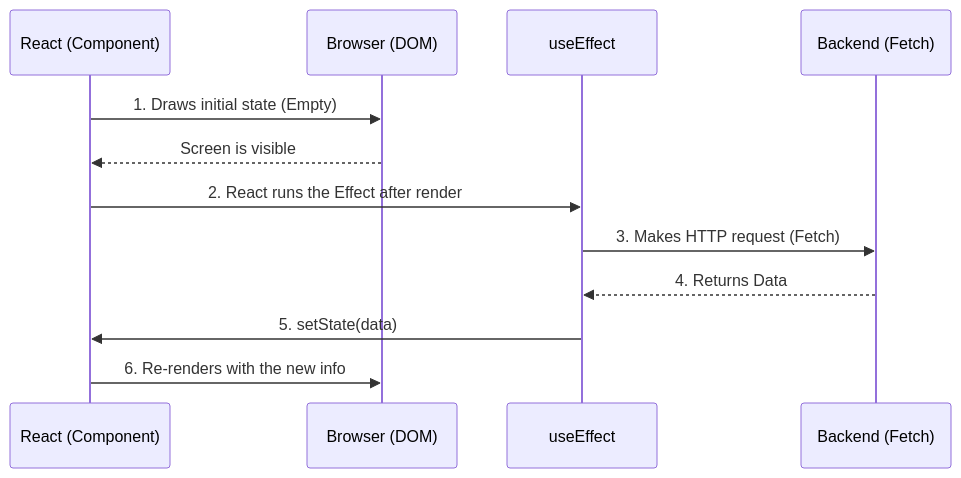
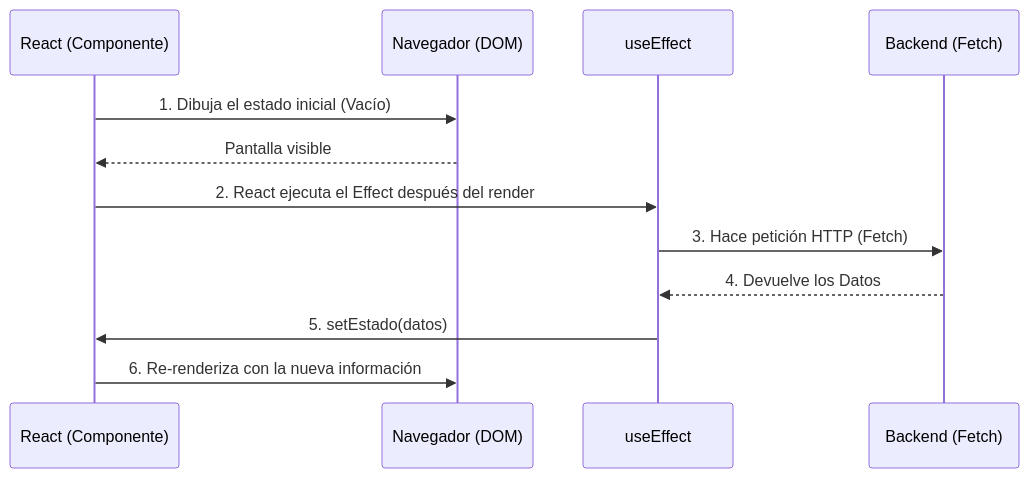
The first of 2 diagrams in public/docs/en/ext_react_basico.md (gjpierp/nmergeia), drawn with Mermaid before and after one commit. The commit also changed other lines of this file and 518 other files, not shown here.

````diff
--- a/public/docs/en/ext_react_basico.md
+++ b/public/docs/en/ext_react_basico.md
@@ -37,15 +37,15 @@
 ```mermaid
 sequenceDiagram
-    participant React as React (Component)
-    participant DOM as Browser (DOM)
+    participant React as React (Componente)
+    participant DOM as Navegador (DOM)
     participant Effect as useEffect
     participant API as Backend (Fetch)
 
-    React->>DOM: 1. Draws initial state (Empty)
-    DOM-->>React: Screen is visible
-    React->>Effect: 2. React runs the Effect after render
-    Effect->>API: 3. Makes HTTP request (Fetch)
-    API-->>Effect: 4. Returns Data
-    Effect->>React: 5. setState(data)
-    React->>DOM: 6. Re-renders with the new info
+    React->>DOM: 1. Dibuja el estado inicial (Vacío)
+    DOM-->>React: Pantalla visible
+    React->>Effect: 2. React ejecuta el Effect después del render
+    Effect->>API: 3. Hace petición HTTP (Fetch)
+    API-->>Effect: 4. Devuelve los Datos
+    Effect->>React: 5. setEstado(datos)
+    React->>DOM: 6. Re-renderiza con la nueva información
 ```
````
